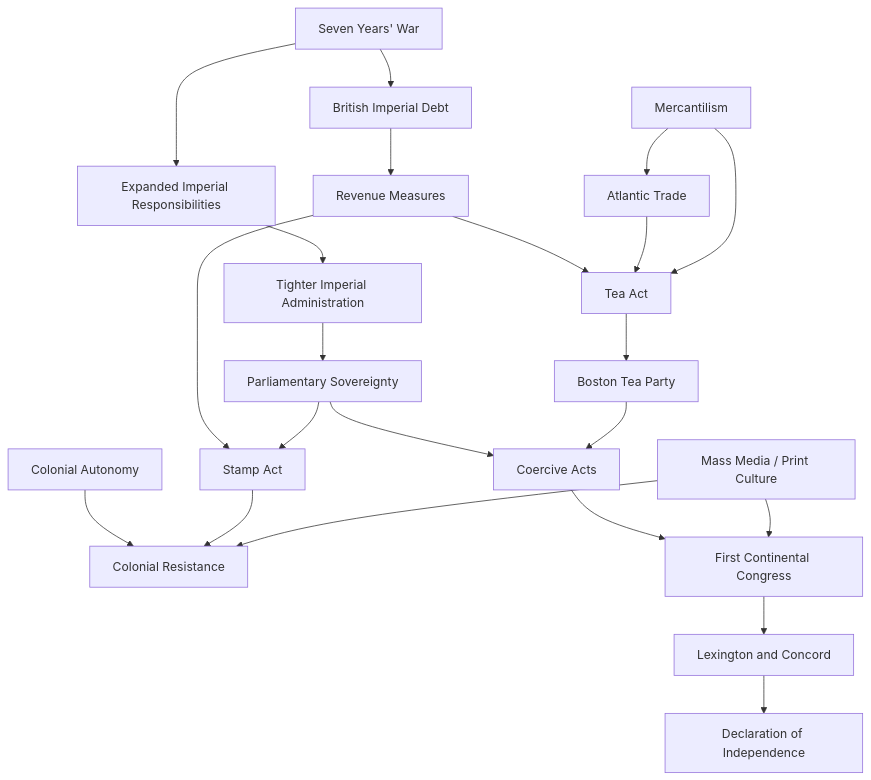
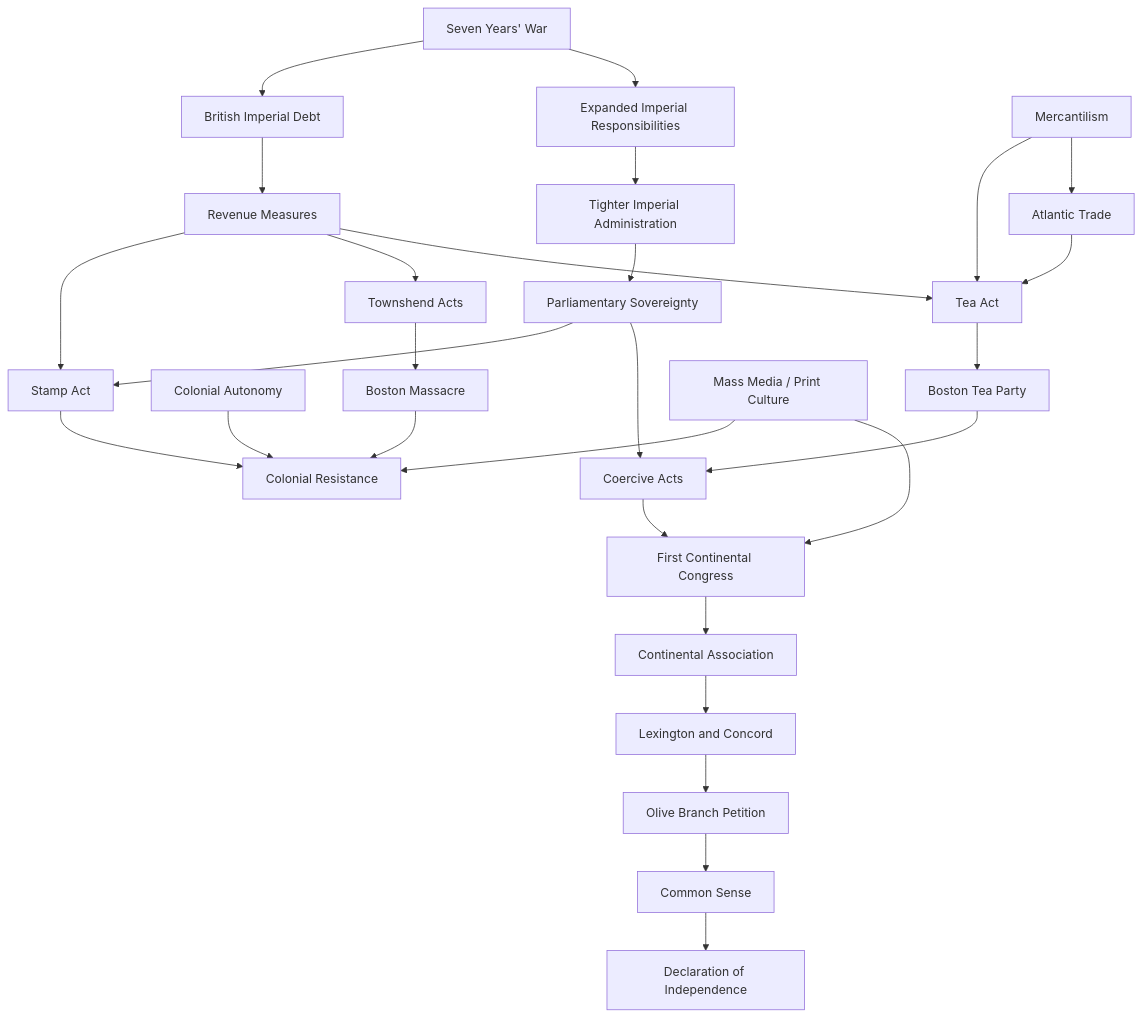
One commit to mattblethen/Causal-Atlas changed the diagram in 09_Maps_Models/Pressure_Maps/American Revolution Pressure Map.md. Above: the diagram before and after it, drawn with Mermaid. The commit also changed 33 other files, not shown here.

````diff
--- a/09_Maps_Models/Pressure_Maps/American Revolution Pressure Map.md
+++ b/09_Maps_Models/Pressure_Maps/American Revolution Pressure Map.md
@@ -15,25 +15,31 @@
 ```mermaid
 flowchart TD
     A["Seven Years' War"] --> B["British Imperial Debt"]
     A --> C["Expanded Imperial Responsibilities"]
     B --> D["Revenue Measures"]
     C --> E["Tighter Imperial Administration"]
     D --> F["Stamp Act"]
+    D --> S["Townshend Acts"]
     D --> G["Tea Act"]
     E --> H["Parliamentary Sovereignty"]
     H --> F
     H --> I["Coercive Acts"]
     J["Colonial Autonomy"] --> K["Colonial Resistance"]
     F --> K
+    S --> T["Boston Massacre"]
+    T --> K
     G --> L["Boston Tea Party"]
     L --> I
     I --> M["First Continental Congress"]
-    M --> N["Lexington and Concord"]
-    N --> O["Declaration of Independence"]
+    M --> U["Continental Association"]
+    U --> N["Lexington and Concord"]
+    N --> V["Olive Branch Petition"]
+    V --> W["Common Sense"]
+    W --> O["Declaration of Independence"]
 
     P["Atlantic Trade"] --> G
     Q["Mercantilism"] --> G
     Q --> P
     R["Mass Media / Print Culture"] --> K
     R --> M
 ```
````
